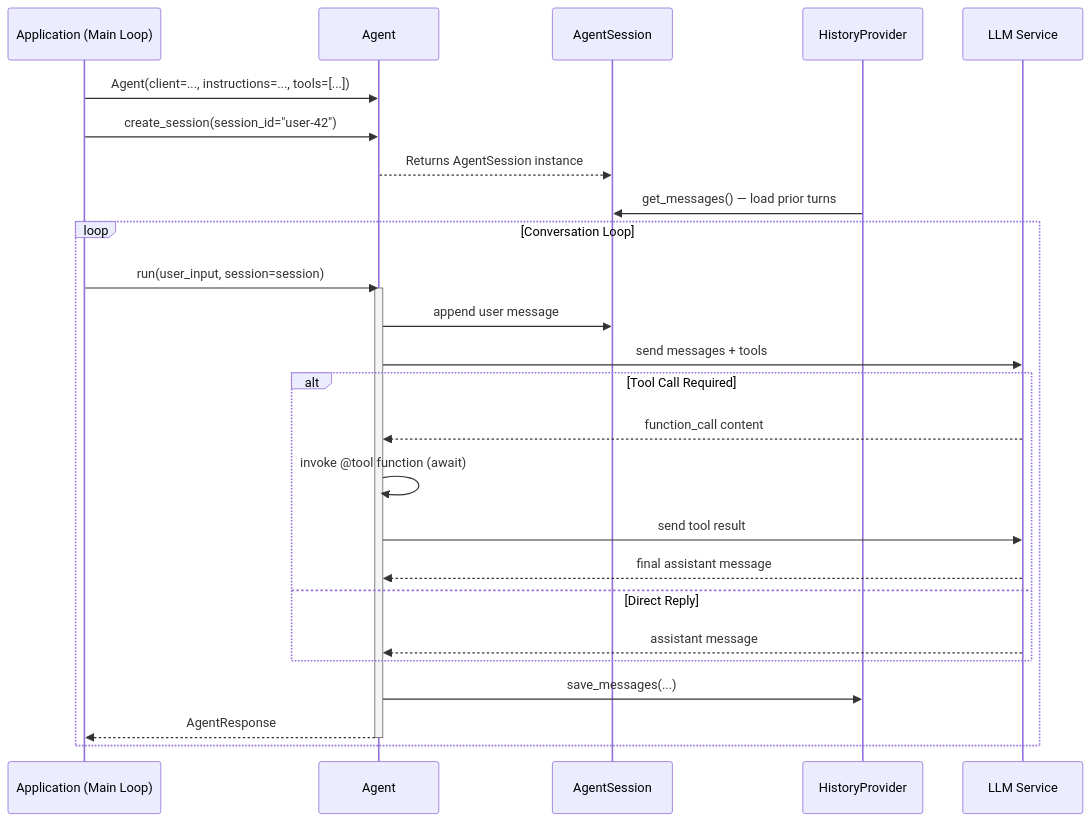
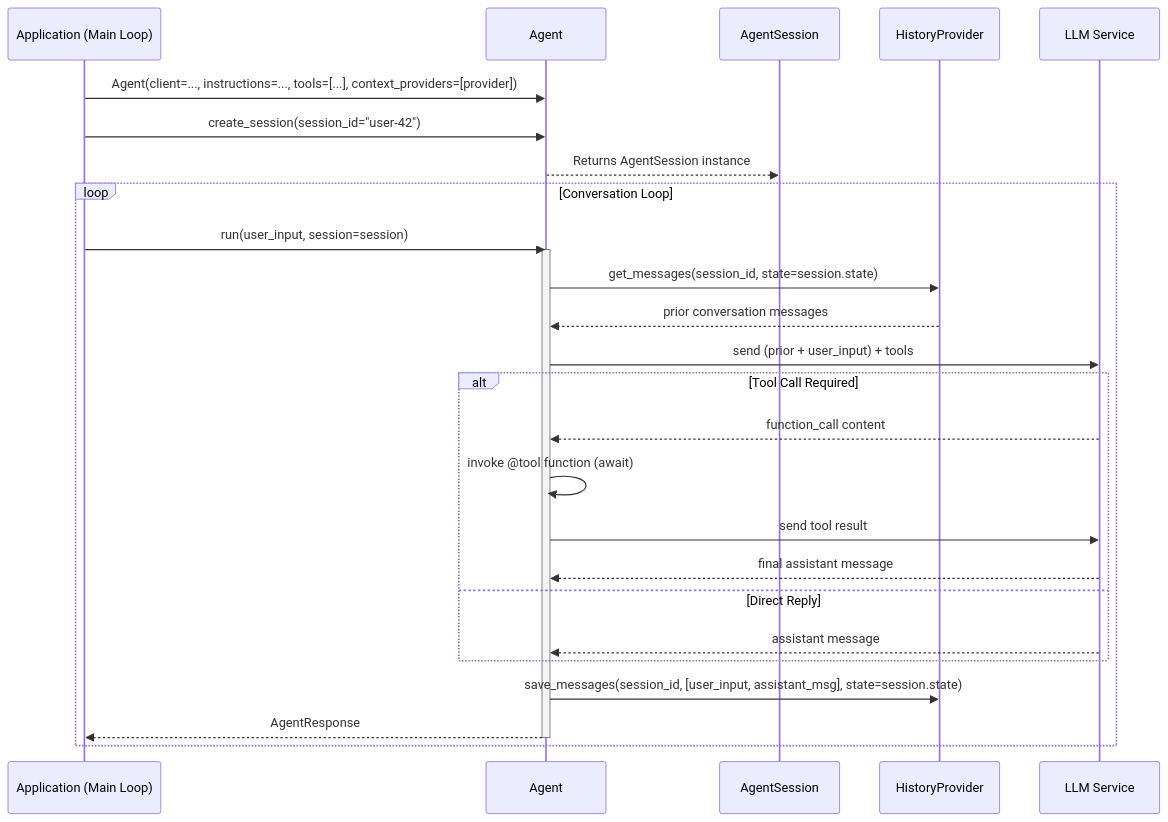
The second of 5 diagrams in src/content/docs/microsoft-agent-framework-guide/python/microsoft_agent_framework_python_diagrams.md (CodeHalwell/agent-guides), drawn with Mermaid before and after one commit. The commit also changed other lines of this file and 4 other files, not shown here.

````diff
--- a/src/content/docs/microsoft-agent-framework-guide/python/microsoft_agent_framework_python_diagrams.md
+++ b/src/content/docs/microsoft-agent-framework-guide/python/microsoft_agent_framework_python_diagrams.md
@@ -46,35 +46,34 @@
 ```mermaid
 sequenceDiagram
     participant App as Application (Main Loop)
     participant Agent as Agent
     participant Session as AgentSession
     participant Provider as HistoryProvider
     participant LLM as LLM Service
 
-    App->>Agent: Agent(client=..., instructions=..., tools=[...])
+    App->>Agent: Agent(client=..., instructions=..., tools=[...], context_providers=[provider])
 
     App->>Agent: create_session(session_id="user-42")
     Agent-->>Session: Returns AgentSession instance
 
-    Provider->>Session: get_messages() — load prior turns
-
     loop Conversation Loop
         App->>Agent: run(user_input, session=session)
         activate Agent
-        Agent->>Session: append user message
-        Agent->>LLM: send messages + tools
+        Agent->>Provider: get_messages(session_id, state=session.state)
+        Provider-->>Agent: prior conversation messages
+        Agent->>LLM: send (prior + user_input) + tools
 
         alt Tool Call Required
             LLM-->>Agent: function_call content
             Agent->>Agent: invoke @tool function (await)
             Agent->>LLM: send tool result
             LLM-->>Agent: final assistant message
         else Direct Reply
             LLM-->>Agent: assistant message
         end
 
-        Agent->>Provider: save_messages(...)
+        Agent->>Provider: save_messages(session_id, [user_input, assistant_msg], state=session.state)
         Agent-->>App: AgentResponse
         deactivate Agent
     end
 ```
````
